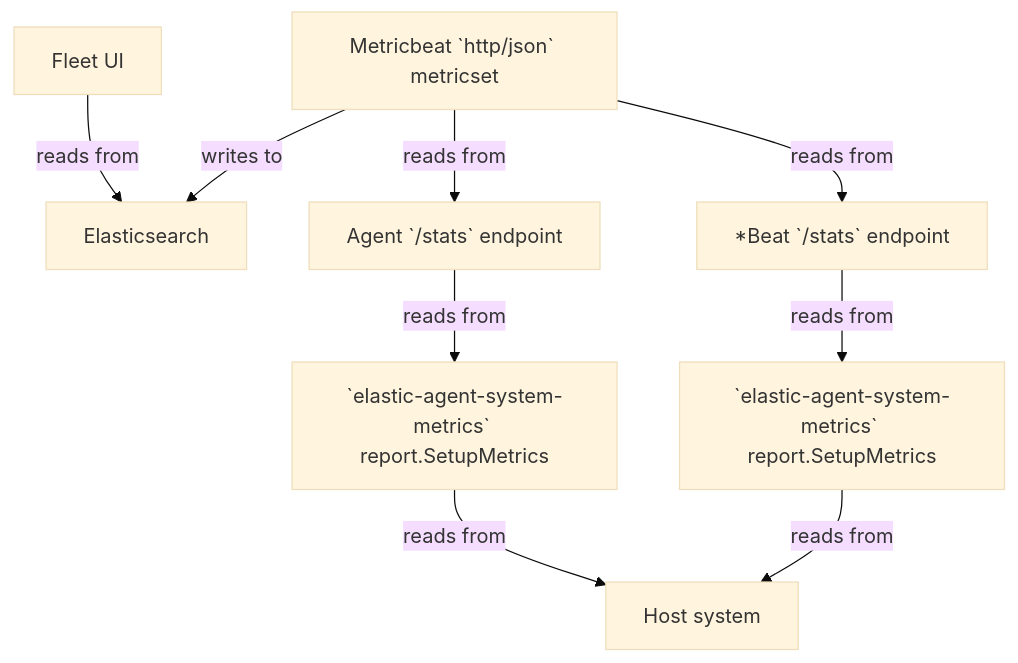
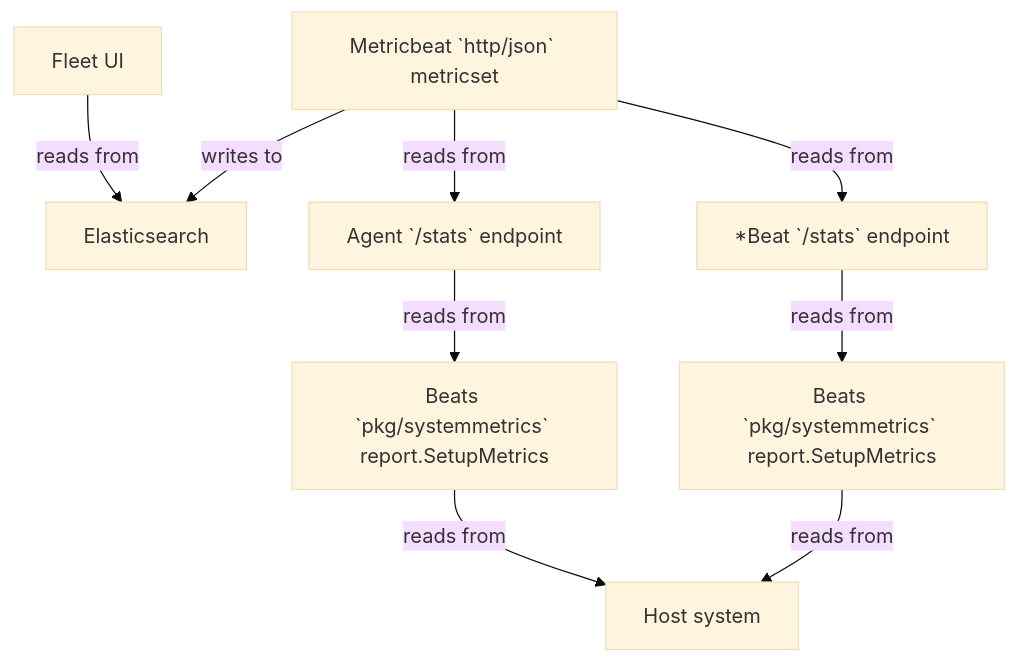
The diagram in docs/cpu-metrics-in-fleet.md (elastic/elastic-agent), drawn with Mermaid (base theme) before and after one commit. The commit also changed other lines of this file and 11 other files, not shown here.

First line of the commit message:
Replace elastic-agent-system-metrics with Beats pkg/systemmetrics (#17362)

````diff
--- a/docs/cpu-metrics-in-fleet.md
+++ b/docs/cpu-metrics-in-fleet.md
@@ -5,11 +5,11 @@
 ```mermaid
 flowchart TD
     K[Fleet UI] -- reads from --> E[Elasticsearch]
     M[Metricbeat `http/json` metricset] -- writes to --> E
     M -- reads from --> A[Agent `/stats` endpoint]
     M -- reads from --> B[*Beat `/stats` endpoint]
-    A -- reads from --> L1[`elastic-agent-system-metrics` report.SetupMetrics]
+    A -- reads from --> L1[Beats `pkg/systemmetrics` report.SetupMetrics]
     L1 -- reads from --> H[Host system]
-    B -- reads from --> L2[`elastic-agent-system-metrics` report.SetupMetrics]
+    B -- reads from --> L2[Beats `pkg/systemmetrics` report.SetupMetrics]
     L2 -- reads from --> H[Host system]
 ```
````
